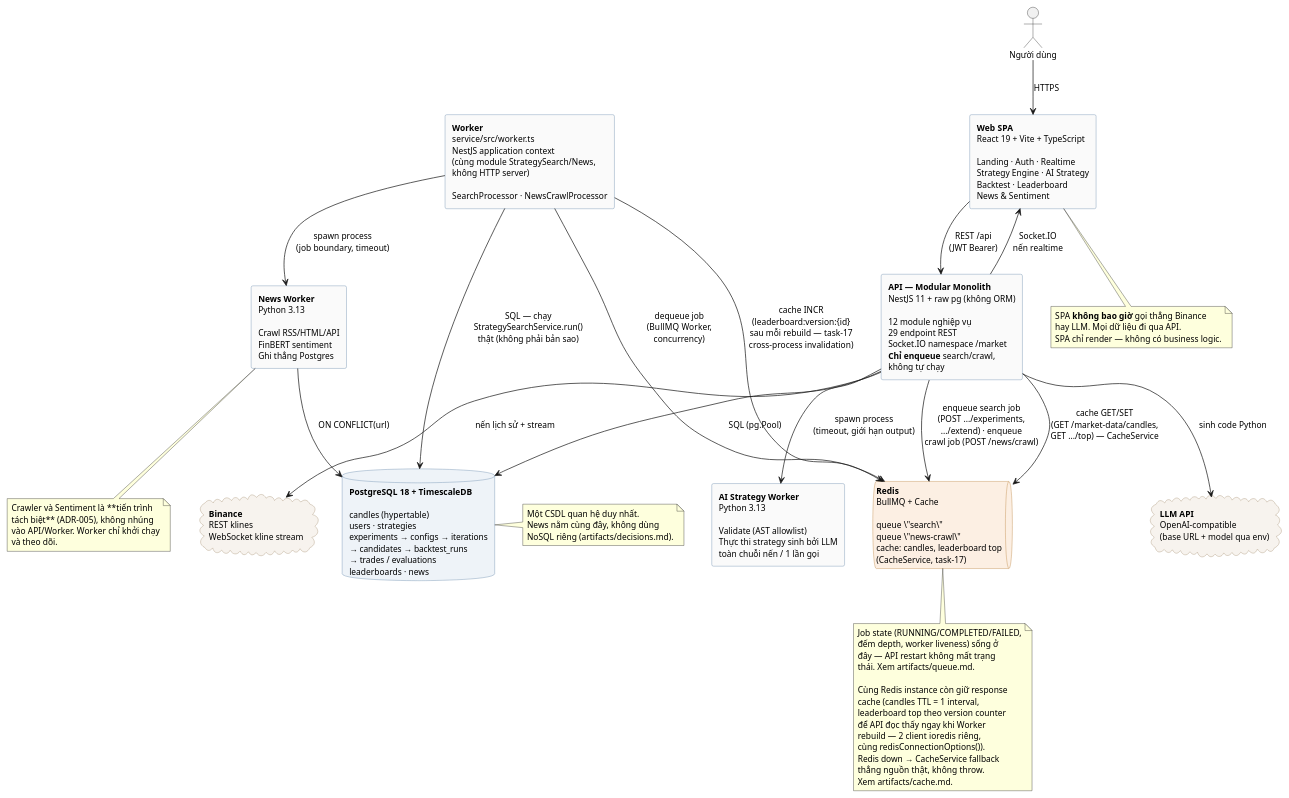
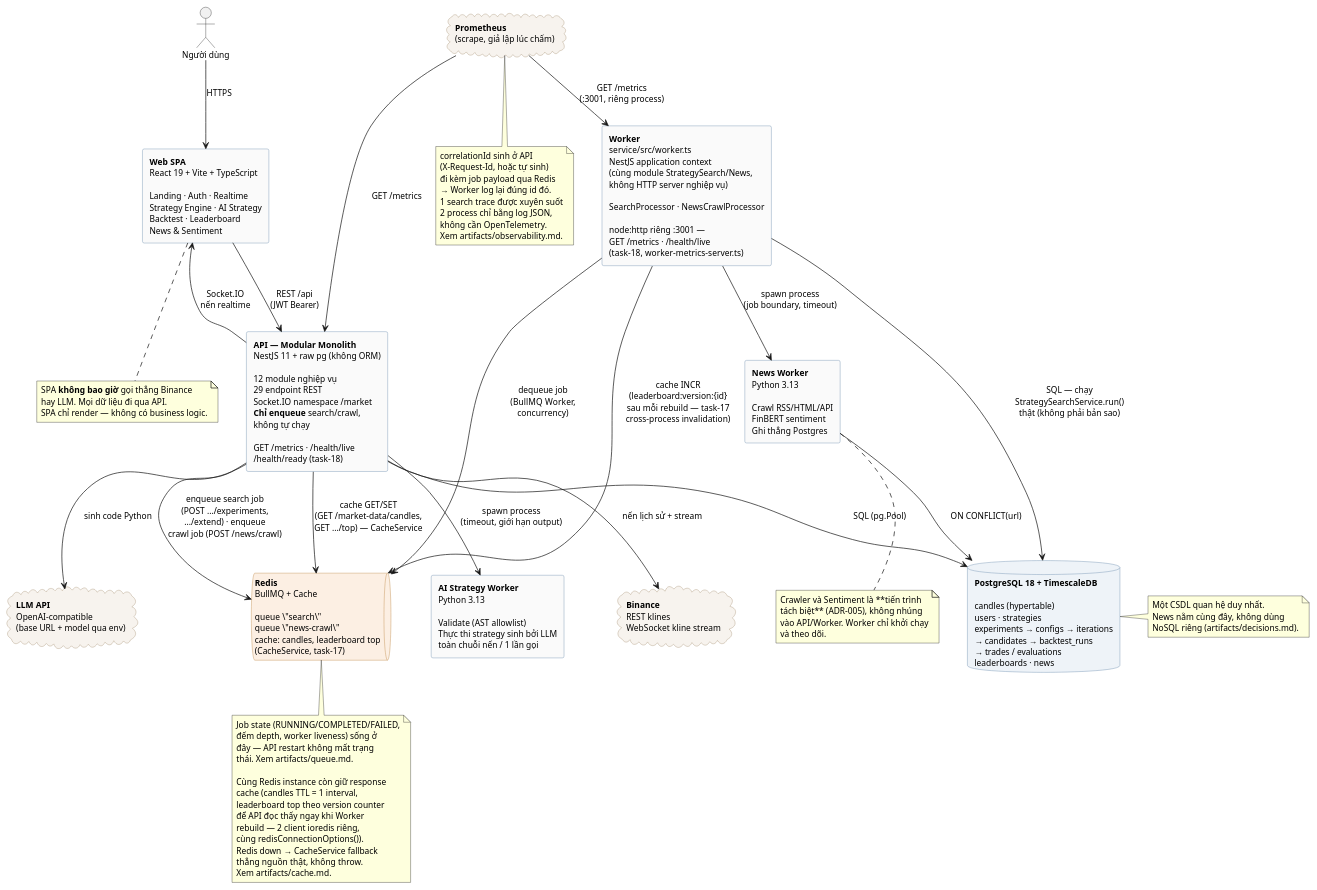
Before and after one commit to huynhgiaau27112005/crypto-strategy-lab: the diagram in artifacts/architecture-container.puml, drawn with PlantUML. The commit also changed 35 other files, not shown here.

```diff
--- a/artifacts/architecture-container.puml
+++ b/artifacts/architecture-container.puml
@@ -1,105 +1,120 @@
 @startuml crypto-strategy-lab-container
 ' Crypto Strategy Lab — Container view (C4 mức 2)
 ' Dùng để MỞ ĐẦU phần trình bày: ai chạy ở đâu, nói chuyện với nhau bằng gì.
 ' Bản chi tiết từng component nằm ở architecture.puml.
 
 skinparam componentStyle rectangle
 skinparam shadowing false
 skinparam defaultFontName "Helvetica"
 skinparam defaultFontSize 12
 skinparam nodesep 40
 skinparam ranksep 60
 skinparam rectangle {
   BackgroundColor #FAFAFA
   BorderColor #597EA3
 }
 skinparam database {
   BackgroundColor #EEF3F8
   BorderColor #597EA3
 }
 skinparam cloud {
   BackgroundColor #F7F3EE
   BorderColor #A08A6A
 }
 skinparam queue {
   BackgroundColor #FCEFE3
   BorderColor #B5772E
 }
 
 actor "Người dùng" as USER
 
 rectangle "**Web SPA**\nReact 19 + Vite + TypeScript\n\nLanding · Auth · Realtime\nStrategy Engine · AI Strategy\nBacktest · Leaderboard\nNews & Sentiment" as SPA
 
-rectangle "**API — Modular Monolith**\nNestJS 11 + raw pg (không ORM)\n\n12 module nghiệp vụ\n29 endpoint REST\nSocket.IO namespace /market\n**Chỉ enqueue** search/crawl,\nkhông tự chạy" as API
+rectangle "**API — Modular Monolith**\nNestJS 11 + raw pg (không ORM)\n\n12 module nghiệp vụ\n29 endpoint REST\nSocket.IO namespace /market\n**Chỉ enqueue** search/crawl,\nkhông tự chạy\n\nGET /metrics · /health/live\n/health/ready (task-18)" as API
 
 queue "**Redis**\nBullMQ + Cache\n\nqueue \"search\"\nqueue \"news-crawl\"\ncache: candles, leaderboard top\n(CacheService, task-17)" as REDIS
 
-rectangle "**Worker**\nservice/src/worker.ts\nNestJS application context\n(cùng module StrategySearch/News,\nkhông HTTP server)\n\nSearchProcessor · NewsCrawlProcessor" as WORKER
+rectangle "**Worker**\nservice/src/worker.ts\nNestJS application context\n(cùng module StrategySearch/News,\nkhông HTTP server nghiệp vụ)\n\nSearchProcessor · NewsCrawlProcessor\n\nnode:http riêng :3001 —\nGET /metrics · /health/live\n(task-18, worker-metrics-server.ts)" as WORKER
 
 rectangle "**News Worker**\nPython 3.13\n\nCrawl RSS/HTML/API\nFinBERT sentiment\nGhi thẳng Postgres" as W_NEWS
 
 rectangle "**AI Strategy Worker**\nPython 3.13\n\nValidate (AST allowlist)\nThực thi strategy sinh bởi LLM\ntoàn chuỗi nến / 1 lần gọi" as W_AI
 
 database "**PostgreSQL 18 + TimescaleDB**\n\ncandles (hypertable)\nusers · strategies\nexperiments → configs → iterations\n→ candidates → backtest_runs\n→ trades / evaluations\nleaderboards · news" as PG
 
 cloud "**Binance**\nREST klines\nWebSocket kline stream" as BINANCE
 cloud "**LLM API**\nOpenAI-compatible\n(base URL + model qua env)" as LLM
+cloud "**Prometheus**\n(scrape, giả lập lúc chấm)" as PROM
 
 USER --> SPA : HTTPS
 
 SPA --> API : REST /api\n(JWT Bearer)
 SPA <-- API : Socket.IO\nnến realtime
 
 API --> PG : SQL (pg.Pool)
 API --> BINANCE : nến lịch sử + stream
 API --> LLM : sinh code Python
 API --> REDIS : enqueue search job\n(POST .../experiments,\n.../extend) · enqueue\ncrawl job (POST /news/crawl)
 API --> REDIS : cache GET/SET\n(GET /market-data/candles,\nGET .../top) — CacheService
 API --> W_AI : spawn process\n(timeout, giới hạn output)
 
 WORKER --> REDIS : dequeue job\n(BullMQ Worker,\nconcurrency)
 WORKER --> REDIS : cache INCR\n(leaderboard:version:{id}\nsau mỗi rebuild — task-17\ncross-process invalidation)
 WORKER --> PG : SQL — chạy\nStrategySearchService.run()\nthật (không phải bản sao)
 WORKER --> W_NEWS : spawn process\n(job boundary, timeout)
 
 W_NEWS --> PG : ON CONFLICT(url)
 W_NEWS --> BINANCE #line:transparent
 W_NEWS -[hidden]-> W_AI
+
+PROM --> API : GET /metrics
+PROM --> WORKER : GET /metrics\n(:3001, riêng process)
 
 note bottom of SPA
   SPA **không bao giờ** gọi thẳng Binance
   hay LLM. Mọi dữ liệu đi qua API.
   SPA chỉ render — không có business logic.
 end note
 
 note bottom of REDIS
   Job state (RUNNING/COMPLETED/FAILED,
   đếm depth, worker liveness) sống ở
   đây — API restart không mất trạng
   thái. Xem artifacts/queue.md.
 
   Cùng Redis instance còn giữ response
   cache (candles TTL = 1 interval,
   leaderboard top theo version counter
   để API đọc thấy ngay khi Worker
   rebuild — 2 client ioredis riêng,
   cùng redisConnectionOptions()).
   Redis down → CacheService fallback
   thẳng nguồn thật, không throw.
   Xem artifacts/cache.md.
 end note
 
 note bottom of W_NEWS
   Crawler và Sentiment là **tiến trình
   tách biệt** (ADR-005), không nhúng
   vào API/Worker. Worker chỉ khởi chạy
   và theo dõi.
 end note
 
 note right of PG
   Một CSDL quan hệ duy nhất.
   News nằm cùng đây, không dùng
   NoSQL riêng (artifacts/decisions.md).
 end note
 
+note bottom of PROM
+  correlationId sinh ở API
+  (X-Request-Id, hoặc tự sinh)
+  đi kèm job payload qua Redis
+  → Worker log lại đúng id đó.
+  1 search trace được xuyên suốt
+  2 process chỉ bằng log JSON,
+  không cần OpenTelemetry.
+  Xem artifacts/observability.md.
+end note
+
 @enduml
```
